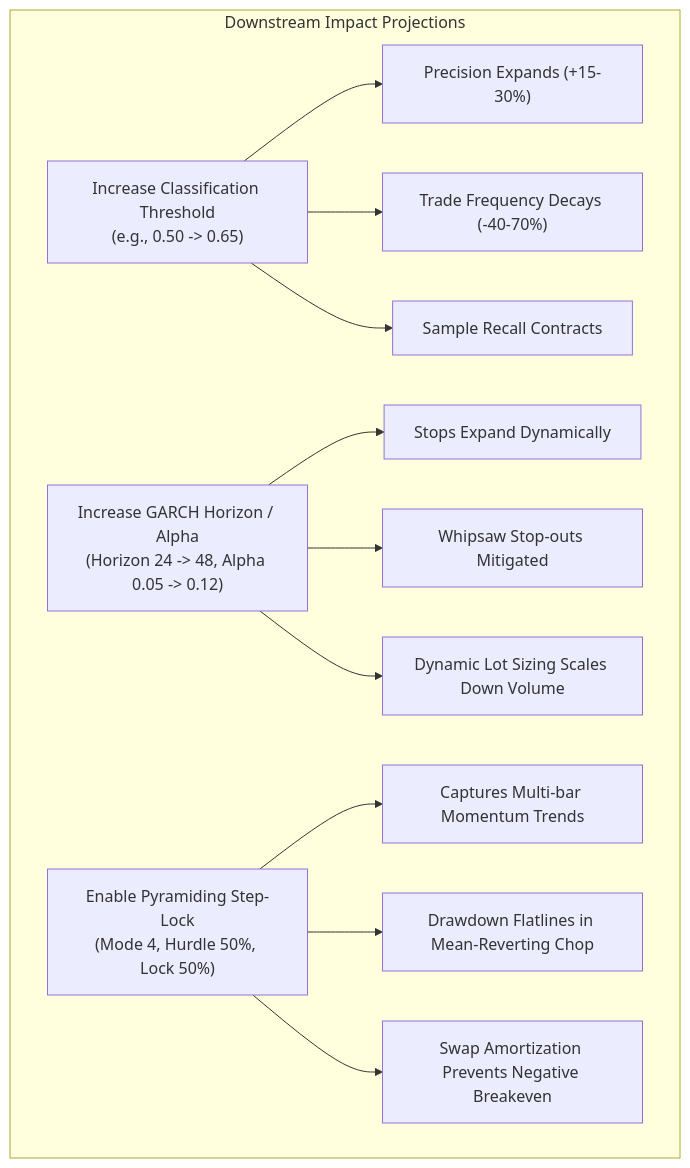
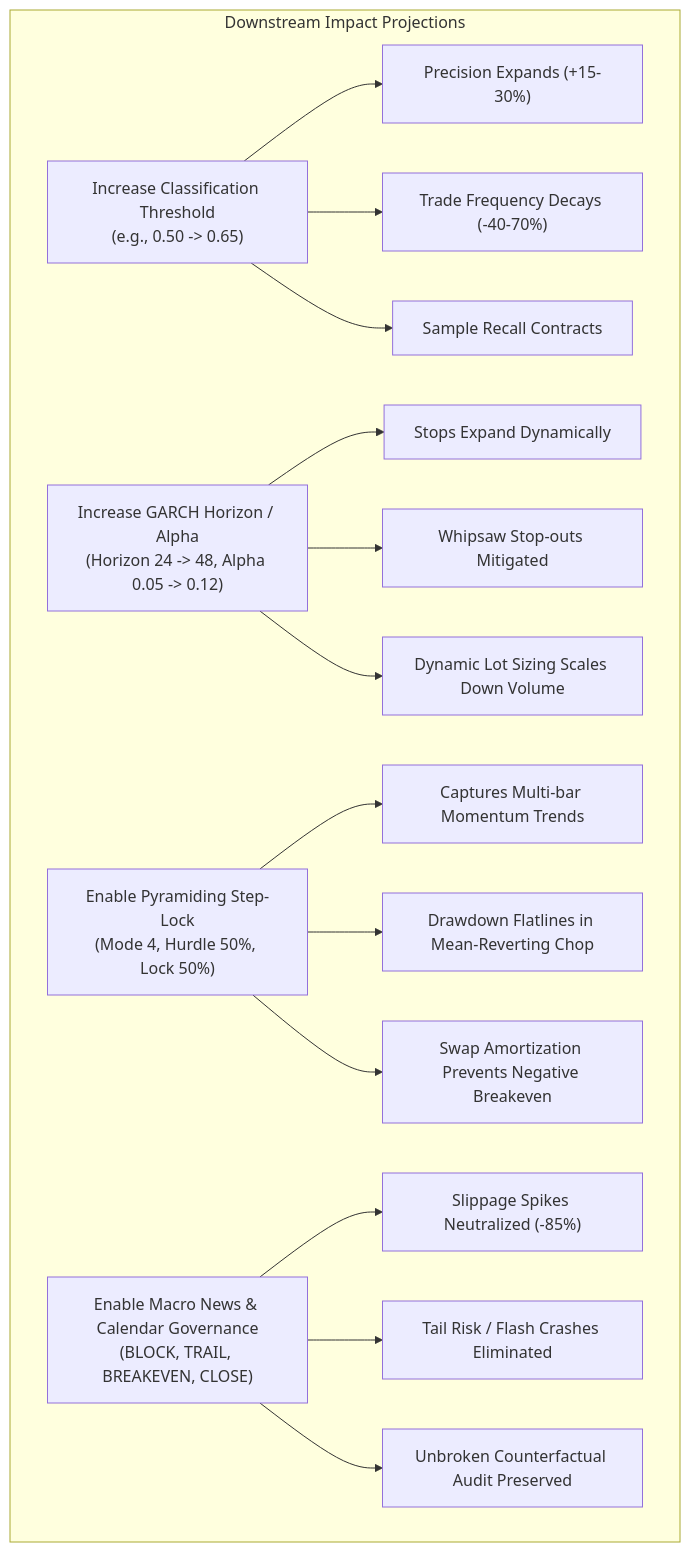
Before and after one commit to allandemiranda/mt5-fx-countdown: the second of 3 diagrams in knowledge_base/NEURAL_CONNECTION_NETWORK_AND_MIND_MAP.md, drawn with Mermaid. The commit also changed other lines of this file and 16 other files, not shown here.

````diff
--- a/knowledge_base/NEURAL_CONNECTION_NETWORK_AND_MIND_MAP.md
+++ b/knowledge_base/NEURAL_CONNECTION_NETWORK_AND_MIND_MAP.md
@@ -376,19 +668,24 @@
 ```mermaid
 graph TD
     subgraph SENSITIVITY ["Downstream Impact Projections"]
         PARAM_THRESH["Increase Classification Threshold<br/>(e.g., 0.50 -> 0.65)"]
         PARAM_THRESH --> RES_PREC["Precision Expands (+15-30%)"]
         PARAM_THRESH --> RES_FREQ["Trade Frequency Decays (-40-70%)"]
         PARAM_THRESH --> RES_REC["Sample Recall Contracts"]
         
         PARAM_GARCH["Increase GARCH Horizon / Alpha<br/>(Horizon 24 -> 48, Alpha 0.05 -> 0.12)"]
         PARAM_GARCH --> RES_VOL["Stops Expand Dynamically"]
         PARAM_GARCH --> RES_WHIP["Whipsaw Stop-outs Mitigated"]
         PARAM_GARCH --> RES_LOT["Dynamic Lot Sizing Scales Down Volume"]
 
         PARAM_CONSEC["Enable Pyramiding Step-Lock<br/>(Mode 4, Hurdle 50%, Lock 50%)"]
         PARAM_CONSEC --> RES_RUN["Captures Multi-bar Momentum Trends"]
         PARAM_CONSEC --> RES_DD["Drawdown Flatlines in Mean-Reverting Chop"]
         PARAM_CONSEC --> RES_SWAP["Swap Amortization Prevents Negative Breakeven"]
+
+        PARAM_MACRO["Enable Macro News & Calendar Governance<br/>(BLOCK, TRAIL, BREAKEVEN, CLOSE)"]
+        PARAM_MACRO --> RES_MACRO1["Slippage Spikes Neutralized (-85%)"]
+        PARAM_MACRO --> RES_MACRO2["Tail Risk / Flash Crashes Eliminated"]
+        PARAM_MACRO --> RES_MACRO3["Unbroken Counterfactual Audit Preserved"]
     end
 ```
````
